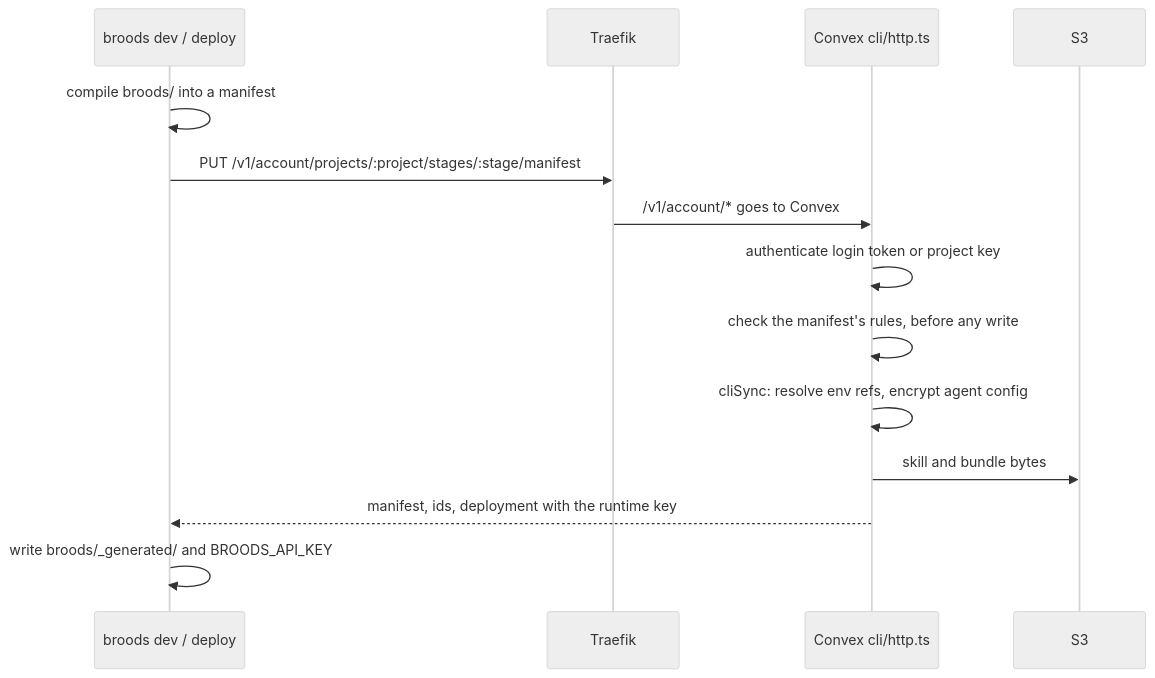
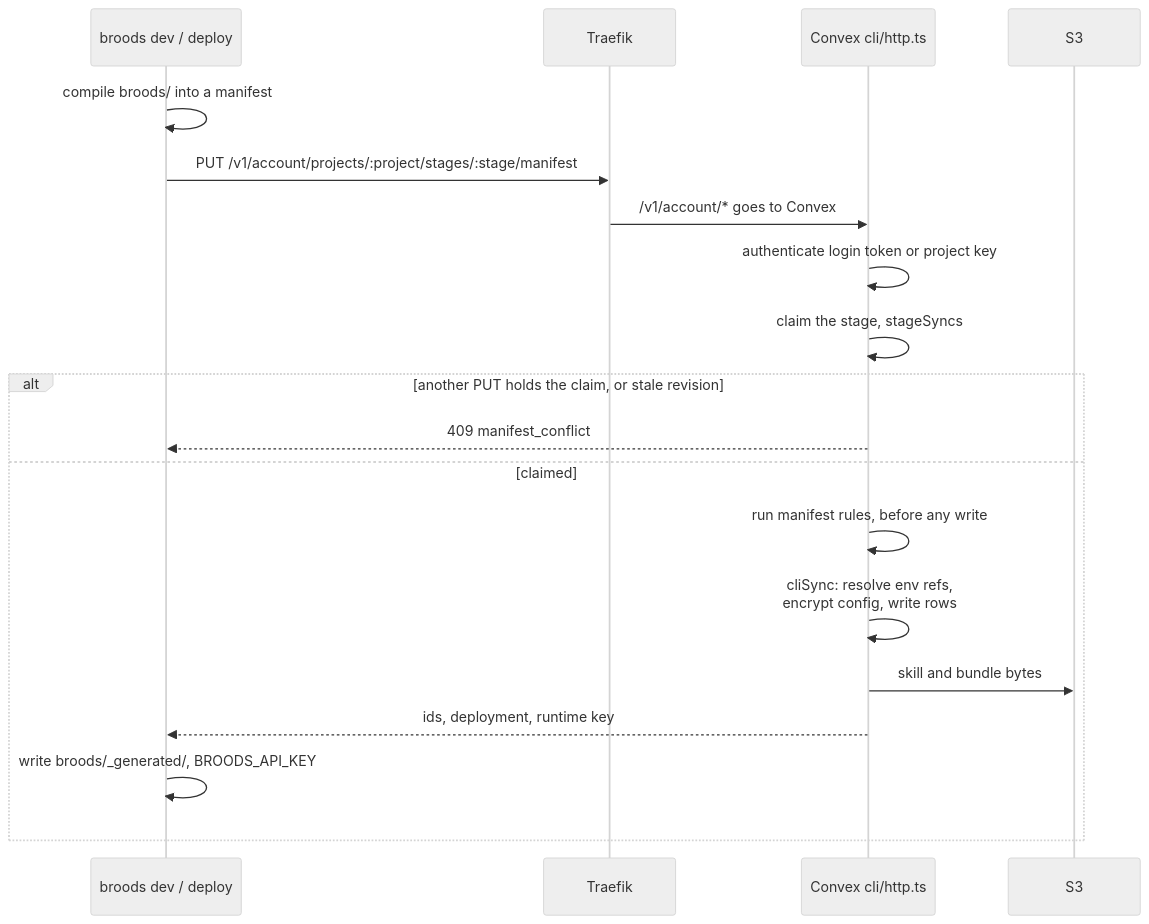
One commit to beeblastco/broods changed the seventh of 11 diagrams in apps/docs/docs/internals/architecture.md. Above: the diagram before and after it, drawn with Mermaid (neutral theme). The commit also changed other lines of this file and 22 other files, not shown here.

First line of the commit message:
docs: fold the Cloudflare pages into their sections, rewrite internals diagram-first (#1010)

````diff
--- a/apps/docs/docs/internals/architecture.md
+++ b/apps/docs/docs/internals/architecture.md
@@ -221,16 +192,21 @@
 ```mermaid
 sequenceDiagram
   participant CLI as broods dev / deploy
-  participant G as Traefik
+  participant T as Traefik
   participant V as Convex cli/http.ts
   participant S as S3
   CLI->>CLI: compile broods/ into a manifest
-  CLI->>G: PUT /v1/account/projects/:project/stages/:stage/manifest
-  G->>V: /v1/account/* goes to Convex
+  CLI->>T: PUT /v1/account/projects/:project/stages/:stage/manifest
+  T->>V: /v1/account/* goes to Convex
   V->>V: authenticate login token or project key
-  V->>V: check the manifest's rules, before any write
-  V->>V: cliSync: resolve env refs, encrypt agent config
-  V->>S: skill and bundle bytes
-  V-->>CLI: manifest, ids, deployment with the runtime key
-  CLI->>CLI: write broods/_generated/ and BROODS_API_KEY
+  V->>V: claim the stage, stageSyncs
+  alt another PUT holds the claim, or stale revision
+    V-->>CLI: 409 manifest_conflict
+  else claimed
+    V->>V: run manifest rules, before any write
+    V->>V: cliSync: resolve env refs,<br/>encrypt config, write rows
+    V->>S: skill and bundle bytes
+    V-->>CLI: ids, deployment, runtime key
+    CLI->>CLI: write broods/_generated/, BROODS_API_KEY
+  end
 ```
````
